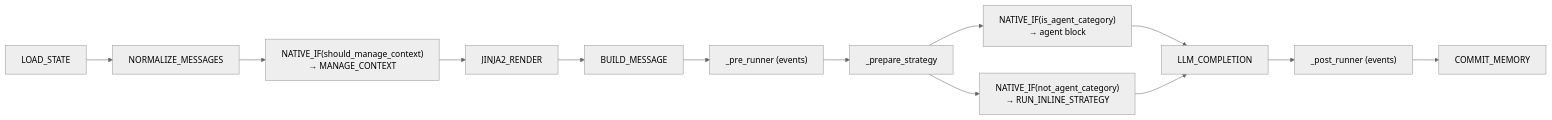
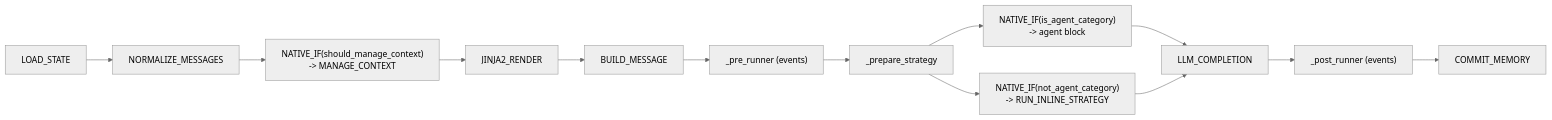
One commit to AmritaBot/AmritaCore changed the first of 2 diagrams in docs/docs/guide/advanced/workflow-engine.md. Above: the diagram before and after it, drawn with Mermaid (neutral theme). The commit also changed 89 other files, not shown here.

````diff
--- a/docs/docs/guide/advanced/workflow-engine.md
+++ b/docs/docs/guide/advanced/workflow-engine.md
@@ -10,15 +10,15 @@
 ```mermaid
 flowchart LR
     A["LOAD_STATE"] --> N["NORMALIZE_MESSAGES"]
-    N --> Q["NATIVE_IF(should_manage_context)<br/>→ MANAGE_CONTEXT"]
+    N --> Q["NATIVE_IF(should_manage_context)<br/>-> MANAGE_CONTEXT"]
     Q --> B["JINJA2_RENDER"]
     B --> C["BUILD_MESSAGE"]
     C --> D["_pre_runner (events)"]
     D --> P["_prepare_strategy"]
-    P --> E["NATIVE_IF(is_agent_category)<br/>→ agent block"]
-    P --> E2["NATIVE_IF(not_agent_category)<br/>→ RUN_INLINE_STRATEGY"]
+    P --> E["NATIVE_IF(is_agent_category)<br/>-> agent block"]
+    P --> E2["NATIVE_IF(not_agent_category)<br/>-> RUN_INLINE_STRATEGY"]
     E --> F["LLM_COMPLETION"]
     E2 --> F
     F --> G["_post_runner (events)"]
     G --> H["COMMIT_MEMORY"]
 ```
````
